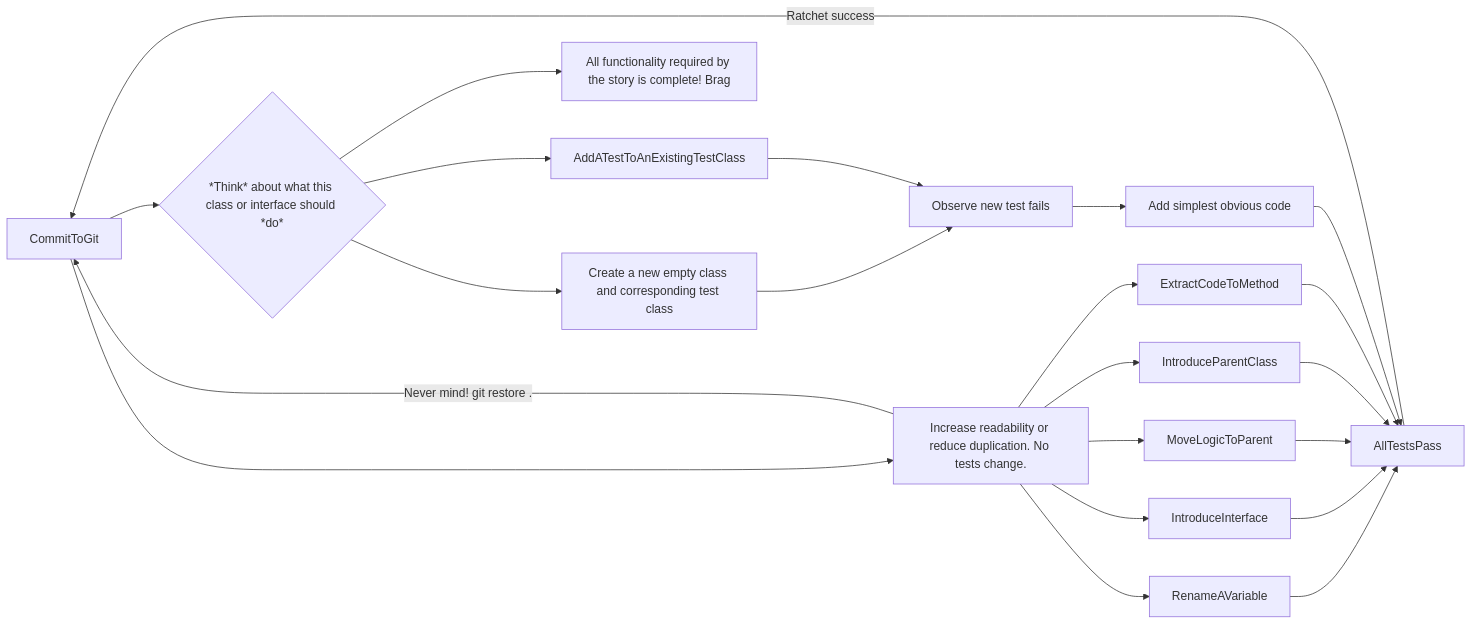
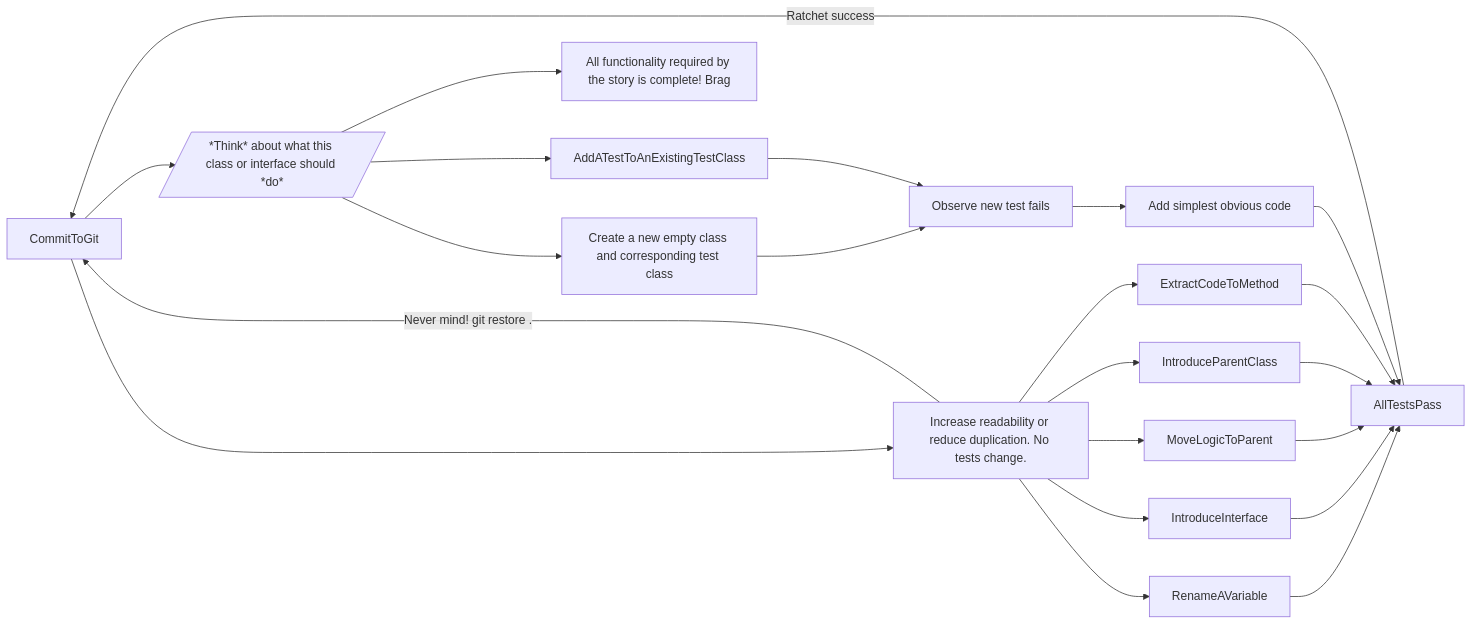
One commit to Billy-Spearman-WCCI/RaceCarExtension changed the third of 5 diagrams in README.md. Above: the diagram before and after it, drawn with Mermaid.

````diff
--- a/README.md
+++ b/README.md
@@ -891,24 +891,24 @@
 ```mermaid
 graph LR;
-CommitToGit-->Think{"*Think* about what this class or interface should *do*"}
+CommitToGit-->Think[/"*Think* about what this class or interface should *do*"/]
 Think-->CreateANewClass["Create a new empty class and corresponding test class"]
 Think-->DONE["All functionality required by the story is complete! Brag"]
 CreateANewClass-->AddATest["Observe new test fails"]
 Think-->AddATestToAnExistingTestClass
 AddATestToAnExistingTestClass-->AddATest
 AllTestsPass-->|"Ratchet success"|CommitToGit
 CommitToGit-->MakeImprovements["Increase readability or reduce duplication. No tests change."]
 MakeImprovements-->RenameAVariable
 RenameAVariable-->AllTestsPass
 MakeImprovements-->IntroduceInterface
 IntroduceInterface-->AllTestsPass
 MakeImprovements-->MoveLogicToParent
 MoveLogicToParent-->AllTestsPass
 MakeImprovements-->IntroduceParentClass
 IntroduceParentClass-->AllTestsPass
 MakeImprovements-->ExtractCodeToMethod
 ExtractCodeToMethod-->AllTestsPass
 AddATest-->WriteCode["Add simplest obvious code"]
 WriteCode-->AllTestsPass
 MakeImprovements-->|"Never mind! git restore ."|CommitToGit
 ```
````
